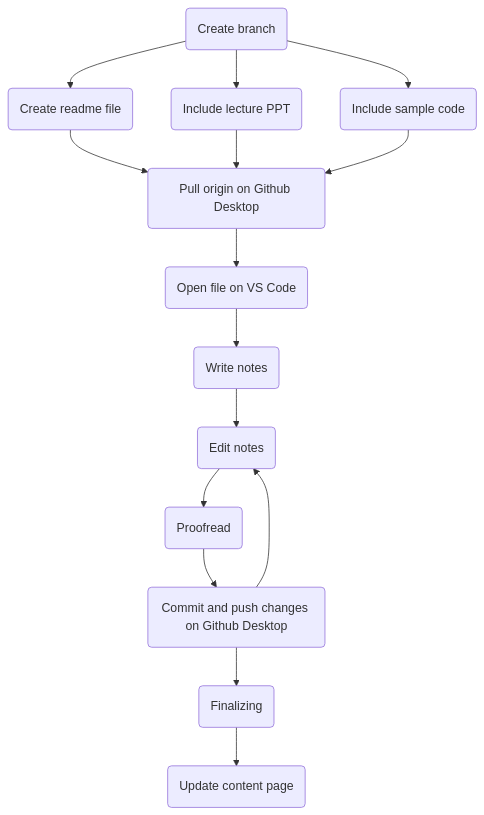
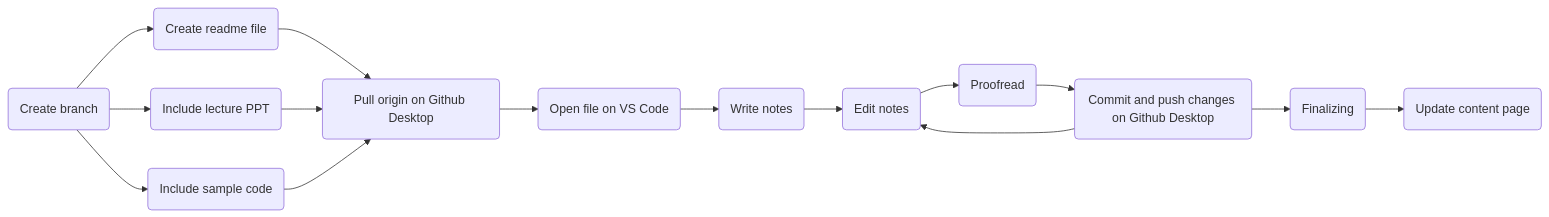
The diagram in README.md (MATBckh22/MATB-STUDIOS), drawn with Mermaid before and after one commit.

````diff
--- a/README.md
+++ b/README.md
@@ -76,17 +76,17 @@
 ```mermaid
-flowchart TD;
+flowchart LR;
     id1(Create branch)-->id2(Create readme file);
     id1(Create branch)-->id3(Include lecture PPT);
     id1(Create branch)-->id4(Include sample code);
     id2(Create readme file)-->id5(Pull origin on Github Desktop);
     id3(Include lecture PPT)-->id5(Pull origin on Github Desktop);
     id4(Include sample code)-->id5(Pull origin on Github Desktop);
     id5(Pull origin on Github Desktop)-->id6(Open file on VS Code);
     id6(Open file on VS Code)-->id7(Write notes);
     id7(Write notes)-->id8(Edit notes);
     id8(Edit notes)-->id9(Proofread);
     id9(Proofread)-->id10(Commit and push changes on Github Desktop);
     id10(Commit and push changes on Github Desktop)-->id8(Edit notes);
     id10(Commit and push changes on Github Desktop)-->id11(Finalizing);
     id11(Finalizing)-->id12(Update content page);
 ```
````
